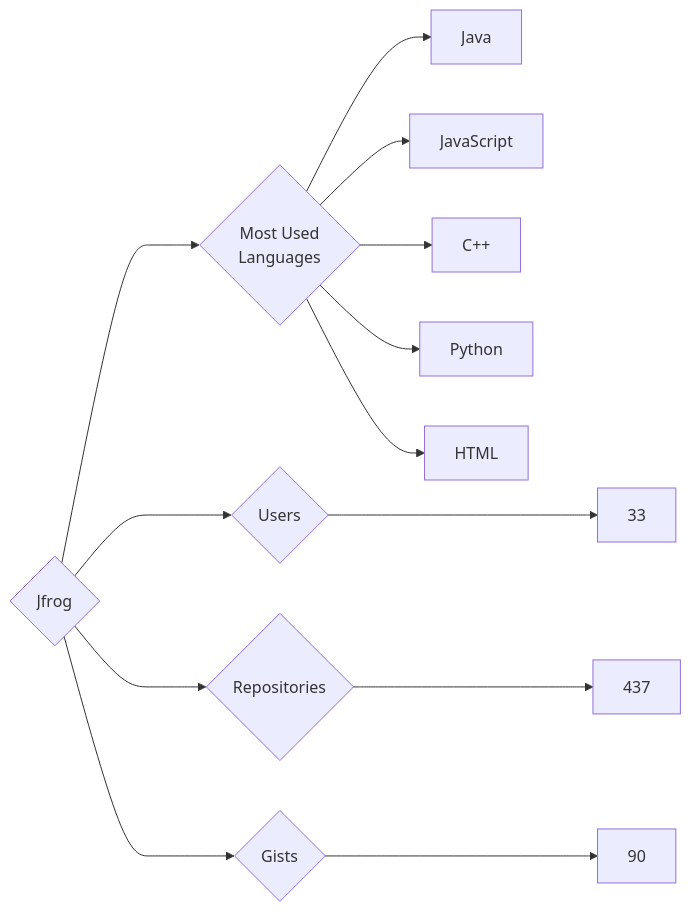
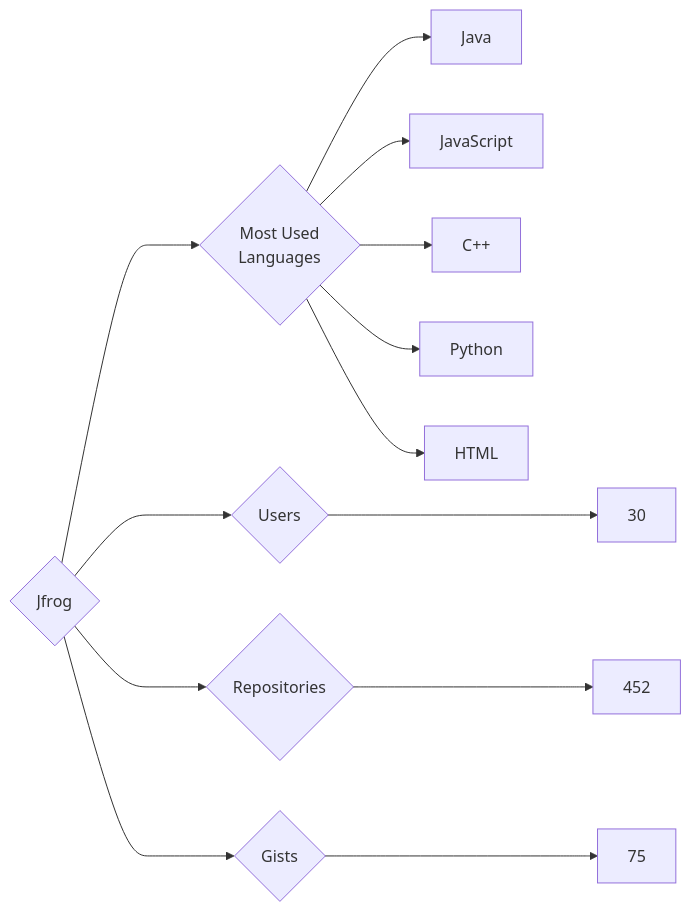
Before and after one commit to trickest/insiders: the diagram in targets/Jfrog/README.md, drawn with Mermaid. The commit also changed 748 other files, not shown here.

````diff
--- a/targets/Jfrog/README.md
+++ b/targets/Jfrog/README.md
@@ -3,13 +3,13 @@
 ```mermaid
 graph LR
 COMPANY_NAME{Jfrog}
-COMPANY_NAME ---> U{Users} ---> UN[33]
-COMPANY_NAME ---> R{Repositories} ---> RN[437]
-COMPANY_NAME ---> G{Gists} ---> GN[90]
+COMPANY_NAME ---> U{Users} ---> UN[30]
+COMPANY_NAME ---> R{Repositories} ---> RN[452]
+COMPANY_NAME ---> G{Gists} ---> GN[75]
 COMPANY_NAME ---> ML{Most Used<br>Languages}
 ML --> Java[Java]
 ML --> JavaScript[JavaScript]
 ML --> C++[C++]
 ML --> Python[Python]
 ML --> HTML[HTML]
 ```
````
